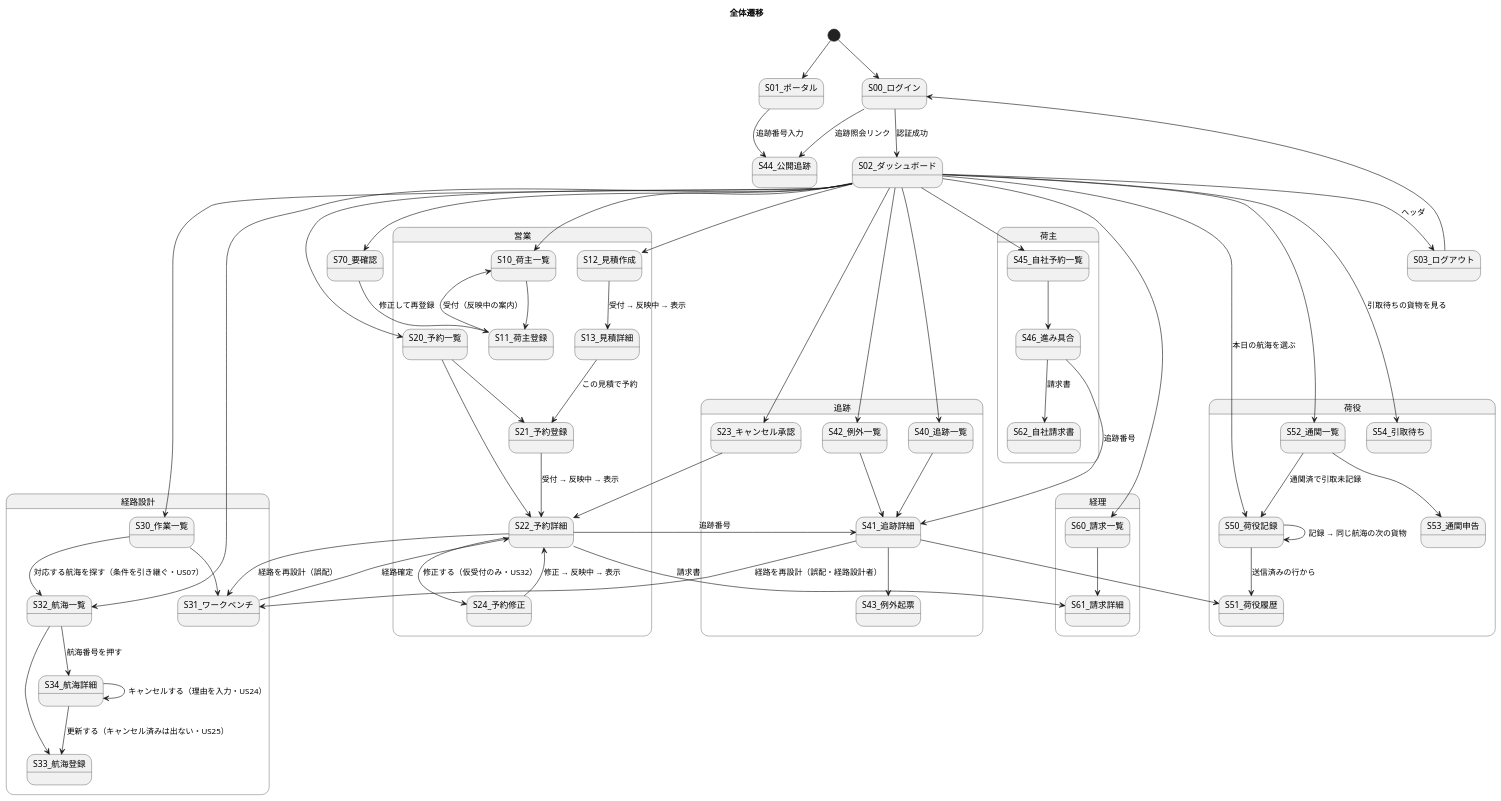
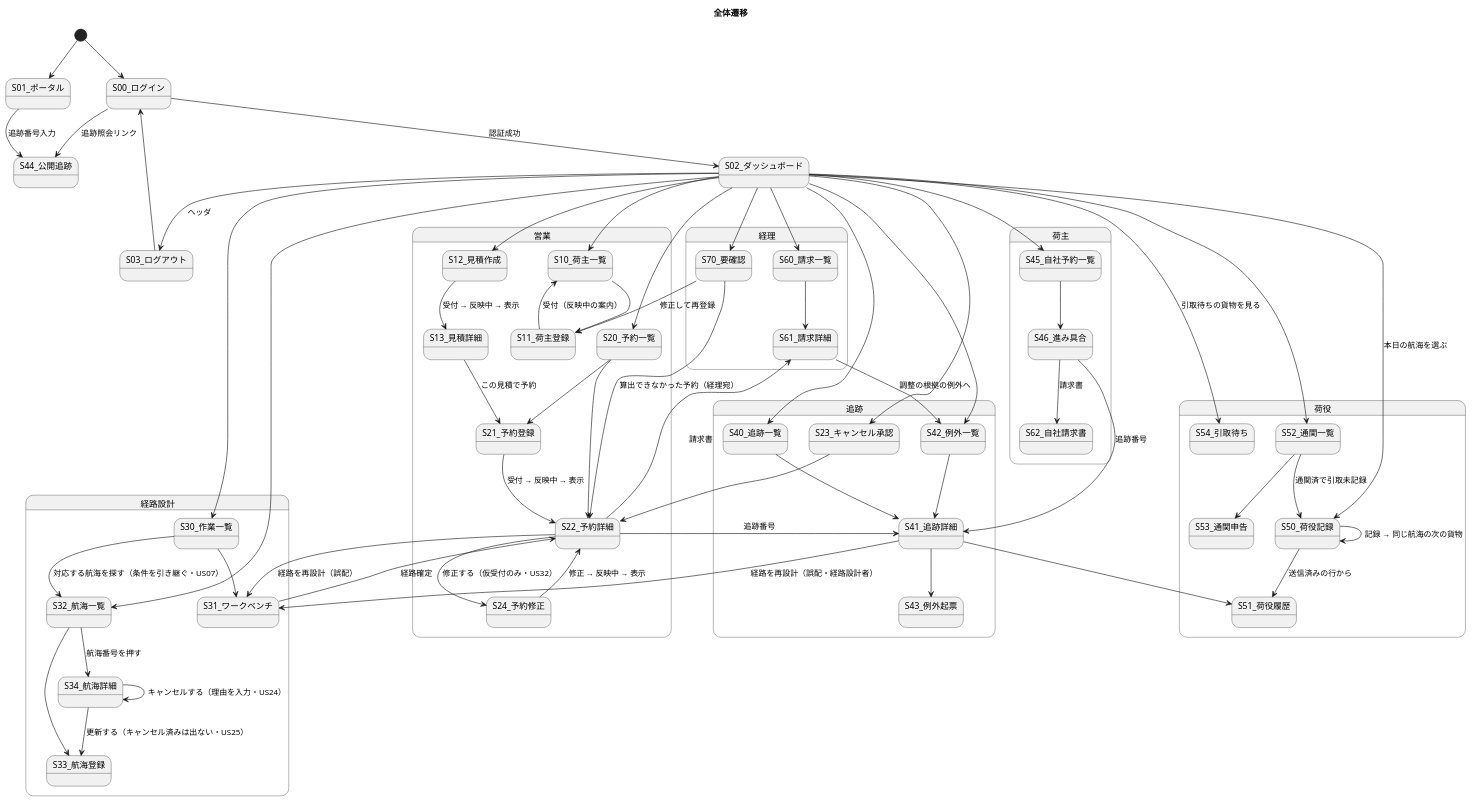
One commit to k2works/case-study-cargo-tracker changed the second of 36 diagrams in docs/design/cargo-tracker/ui_design.md. Above: the diagram before and after it, drawn with PlantUML. The commit also changed other lines of this file and 83 other files, not shown here.

````diff
--- a/docs/design/cargo-tracker/ui_design.md
+++ b/docs/design/cargo-tracker/ui_design.md
@@ -252,80 +252,82 @@
 ```plantuml
 @startuml
 title 全体遷移
 
 [*] --> S00_ログイン
 [*] --> S01_ポータル
 S01_ポータル --> S44_公開追跡 : 追跡番号入力
 S00_ログイン --> S44_公開追跡 : 追跡照会リンク
 S00_ログイン --> S02_ダッシュボード : 認証成功
 
 state "営業" as sales {
   S02_ダッシュボード --> S10_荷主一覧
   S10_荷主一覧 --> S11_荷主登録
   S11_荷主登録 --> S10_荷主一覧 : 受付（反映中の案内）
   S02_ダッシュボード --> S12_見積作成
   S12_見積作成 --> S13_見積詳細 : 受付 → 反映中 → 表示
   S13_見積詳細 --> S21_予約登録 : この見積で予約
   S02_ダッシュボード --> S20_予約一覧
   S20_予約一覧 --> S21_予約登録
   S21_予約登録 --> S22_予約詳細 : 受付 → 反映中 → 表示
   S20_予約一覧 --> S22_予約詳細
   S22_予約詳細 --> S24_予約修正 : 修正する（仮受付のみ・US32）
   S24_予約修正 --> S22_予約詳細 : 修正 → 反映中 → 表示
 }
 
 state "経路設計" as routing {
   S02_ダッシュボード --> S30_作業一覧
   S30_作業一覧 --> S31_ワークベンチ
   S31_ワークベンチ --> S22_予約詳細 : 経路確定
   S22_予約詳細 --> S31_ワークベンチ : 経路を再設計（誤配）
   S02_ダッシュボード --> S32_航海一覧
   S32_航海一覧 --> S33_航海登録
   S32_航海一覧 --> S34_航海詳細 : 航海番号を押す
   S34_航海詳細 --> S33_航海登録 : 更新する（キャンセル済みは出ない・US25）
   S34_航海詳細 --> S34_航海詳細 : キャンセルする（理由を入力・US24）
   S30_作業一覧 --> S32_航海一覧 : 対応する航海を探す（条件を引き継ぐ・US07）
 }
 
 state "追跡" as tracking {
   S02_ダッシュボード --> S40_追跡一覧
   S40_追跡一覧 --> S41_追跡詳細
   S41_追跡詳細 --> S43_例外起票
   S02_ダッシュボード --> S42_例外一覧
   S42_例外一覧 --> S41_追跡詳細
   S02_ダッシュボード --> S23_キャンセル承認
   S23_キャンセル承認 --> S22_予約詳細
   S41_追跡詳細 --> S31_ワークベンチ : 経路を再設計（誤配・経路設計者）
 }
 
 state "荷役" as handling {
   S02_ダッシュボード --> S50_荷役記録 : 本日の航海を選ぶ
   S50_荷役記録 --> S50_荷役記録 : 記録 → 同じ航海の次の貨物
   S02_ダッシュボード --> S54_引取待ち : 引取待ちの貨物を見る
   S50_荷役記録 --> S51_荷役履歴 : 送信済みの行から
   S02_ダッシュボード --> S52_通関一覧
   S52_通関一覧 --> S53_通関申告
   S52_通関一覧 --> S50_荷役記録 : 通関済で引取未記録
 }
 
 state "荷主" as shipper {
   S02_ダッシュボード --> S45_自社予約一覧
   S45_自社予約一覧 --> S46_進み具合
   S46_進み具合 --> S41_追跡詳細 : 追跡番号
   S46_進み具合 --> S62_自社請求書 : 請求書
 }
 
 state "経理" as billing {
   S02_ダッシュボード --> S60_請求一覧
   S60_請求一覧 --> S61_請求詳細
+  S61_請求詳細 --> S42_例外一覧 : 調整の根拠の例外へ
+  S70_要確認 --> S22_予約詳細 : 算出できなかった予約（経理宛）
 }
 
 S02_ダッシュボード --> S70_要確認
 S70_要確認 --> S11_荷主登録 : 修正して再登録
 S22_予約詳細 --> S41_追跡詳細 : 追跡番号
 S22_予約詳細 --> S61_請求詳細 : 請求書
 S41_追跡詳細 --> S51_荷役履歴
 S02_ダッシュボード --> S03_ログアウト : ヘッダ
 S03_ログアウト --> S00_ログイン
 @enduml
 ```
````
